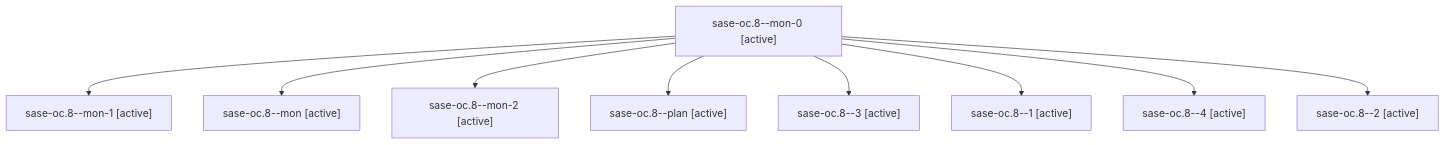
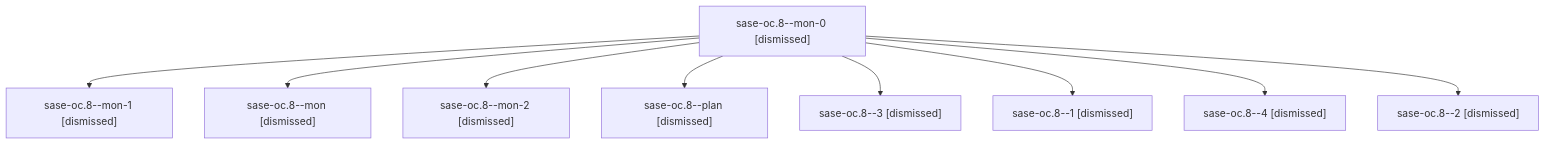
Before and after one commit to sase-org/sase--agents: the diagram in sessions/bbugyi200.athena.sase-oc.8.md, drawn with Mermaid. The commit also changed other lines of this file and 120 other files, not shown here.

````diff
--- a/sessions/bbugyi200.athena.sase-oc.8.md
+++ b/sessions/bbugyi200.athena.sase-oc.8.md
@@ -9,20 +9,20 @@
 ```mermaid
 flowchart TD
-  n0["sase-oc.8--mon-0 [active]"]
-  n1["sase-oc.8--mon-1 [active]"]
+  n0["sase-oc.8--mon-0 [dismissed]"]
+  n1["sase-oc.8--mon-1 [dismissed]"]
   n0 --> n1
-  n2["sase-oc.8--mon [active]"]
+  n2["sase-oc.8--mon [dismissed]"]
   n0 --> n2
-  n3["sase-oc.8--mon-2 [active]"]
+  n3["sase-oc.8--mon-2 [dismissed]"]
   n0 --> n3
-  n4["sase-oc.8--plan [active]"]
+  n4["sase-oc.8--plan [dismissed]"]
   n0 --> n4
-  n5["sase-oc.8--3 [active]"]
+  n5["sase-oc.8--3 [dismissed]"]
   n0 --> n5
-  n6["sase-oc.8--1 [active]"]
+  n6["sase-oc.8--1 [dismissed]"]
   n0 --> n6
-  n7["sase-oc.8--4 [active]"]
+  n7["sase-oc.8--4 [dismissed]"]
   n0 --> n7
-  n8["sase-oc.8--2 [active]"]
+  n8["sase-oc.8--2 [dismissed]"]
   n0 --> n8
 ```
````
